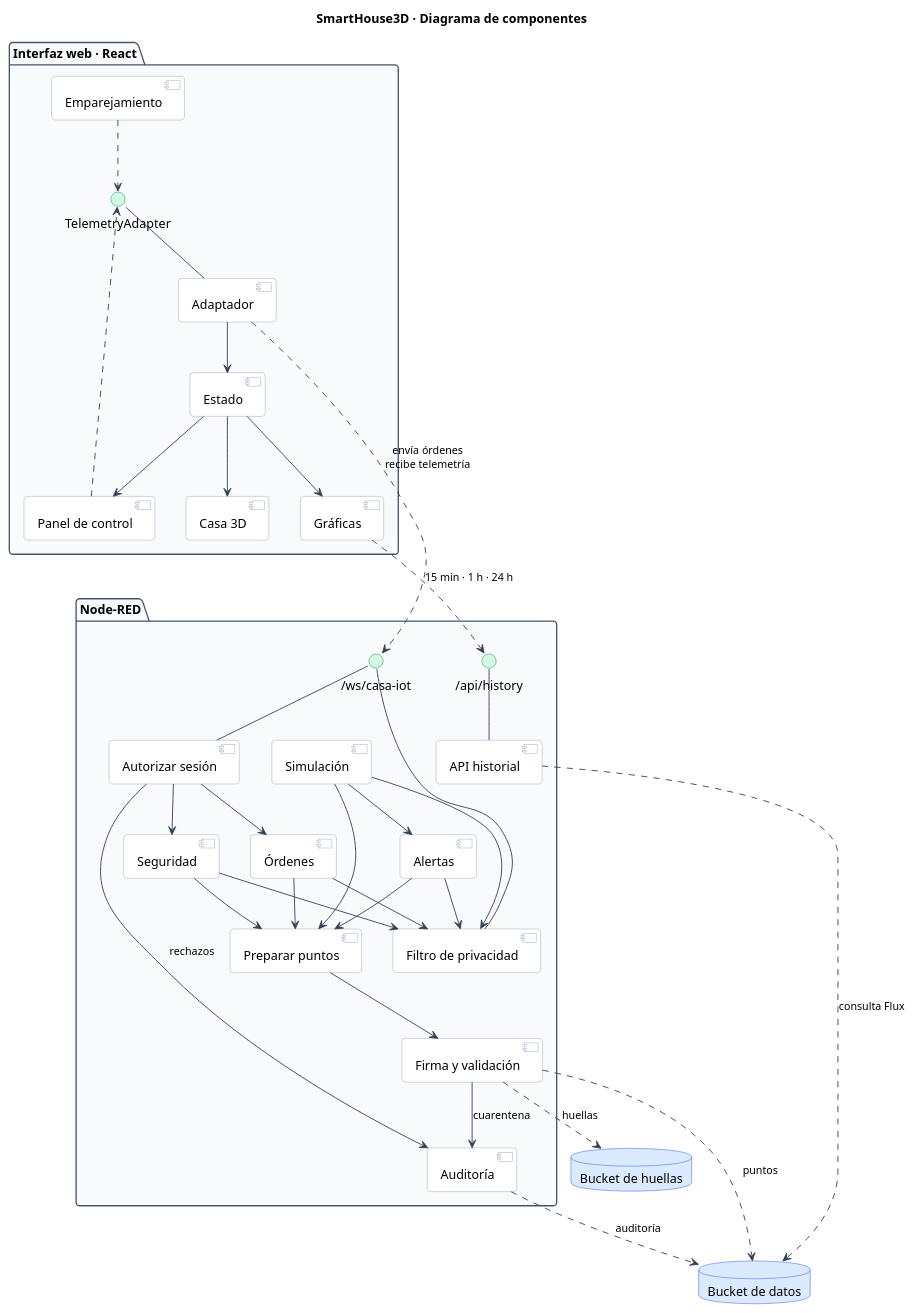
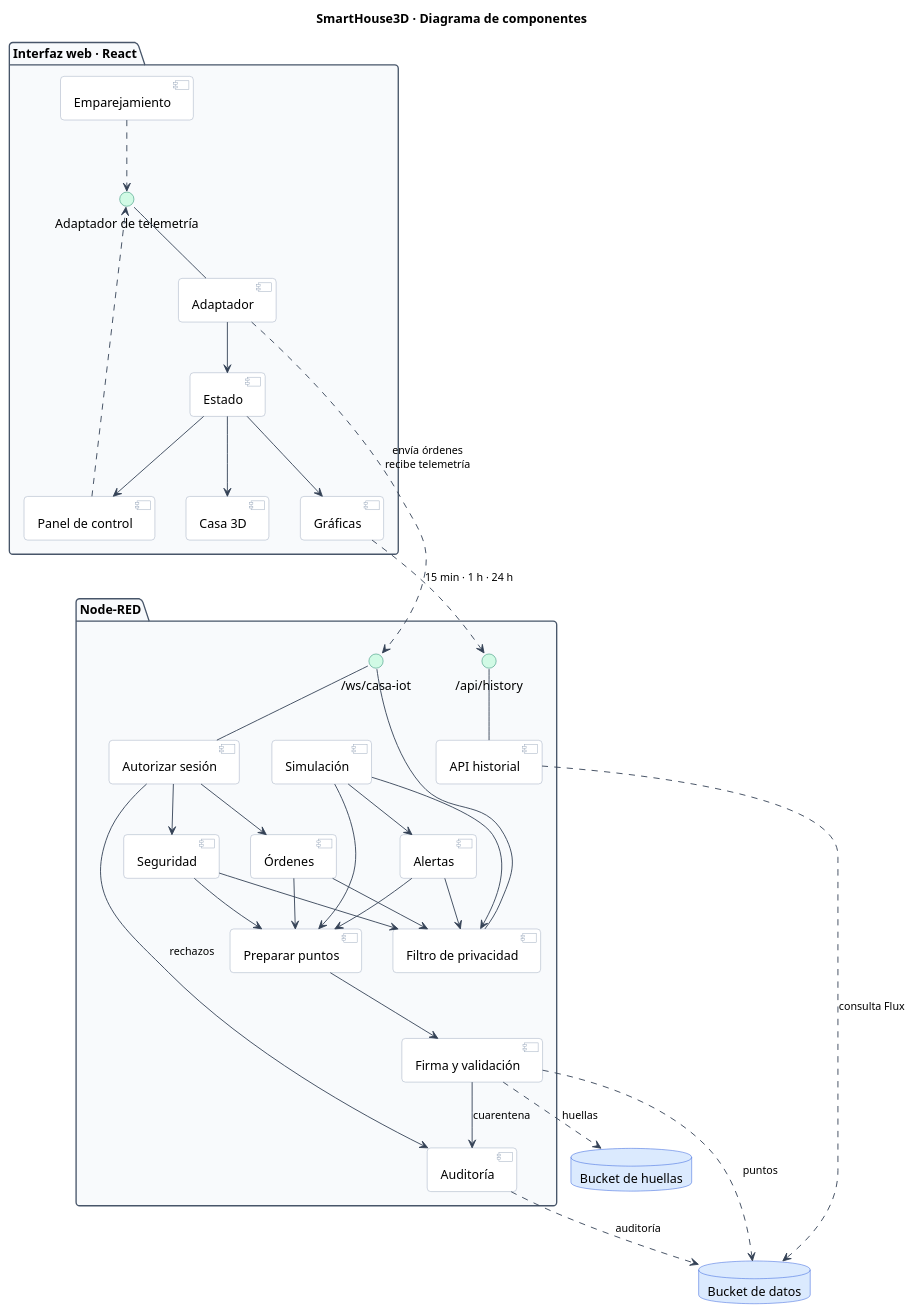
One commit to WilderG2004/SmartHouse3D changed the diagram in docs/diagramas/componentes.puml. Above: the diagram before and after it, drawn with PlantUML. The commit also changed 3 other files, not shown here.

First line of the commit message:
Diagramas: clases y componentes, todo en español

```diff
--- a/docs/diagramas/componentes.puml
+++ b/docs/diagramas/componentes.puml
@@ -1,92 +1,92 @@
 @startuml componentes
 title SmartHouse3D · Diagrama de componentes
 
 skinparam backgroundColor White
 skinparam shadowing false
 skinparam defaultFontName Helvetica
 skinparam defaultFontSize 14
 skinparam roundcorner 8
 skinparam componentStyle uml2
 skinparam ArrowColor #334155
 skinparam ArrowFontSize 12
 skinparam nodesep 35
 skinparam ranksep 55
 skinparam package {
   BackgroundColor #F8FAFC
   BorderColor #475569
 }
 skinparam component {
   BackgroundColor #FFFFFF
   BorderColor #94A3B8
 }
 skinparam interface {
   BackgroundColor #D1FAE5
   BorderColor #047857
 }
 skinparam database {
   BackgroundColor #DBEAFE
   BorderColor #1D4ED8
 }
 
 package "Interfaz web · React" {
   component "Panel de control" as panel
   component "Gráficas" as graficas
   component "Casa 3D" as casa
   component "Emparejamiento" as empareja
   component "Estado" as estado
   component "Adaptador" as adaptador
-  interface "TelemetryAdapter" as ITel
+  interface "Adaptador de telemetría" as ITel
 
   adaptador -up- ITel
   panel ..> ITel
   empareja ..> ITel
   adaptador --> estado
   estado --> panel
   estado --> graficas
   estado --> casa
 }
 
 package "Node-RED" {
   component "Autorizar sesión" as auth
   component "Órdenes" as ordenes
   component "Seguridad" as seg
   component "Simulación" as simul
   component "Alertas" as alertas
   component "Filtro de privacidad" as filtro
   component "Preparar puntos" as prepara
   component "Firma y validación" as valida
   component "Auditoría" as audit
   component "API historial" as api
   interface "/ws/casa-iot" as IWs
   interface "/api/history" as IHist
 
   auth -up- IWs
   filtro -up- IWs
   api -up- IHist
   auth --> ordenes
   auth --> seg
   auth --> audit : "rechazos"
   simul --> alertas
   ordenes --> filtro
   seg --> filtro
   simul --> filtro
   alertas --> filtro
   ordenes --> prepara
   seg --> prepara
   simul --> prepara
   alertas --> prepara
   prepara --> valida
   valida --> audit : "cuarentena"
 }
 
 database "Bucket de datos" as bdatos
 database "Bucket de huellas" as bhuellas
 
 adaptador ..> IWs : "envía órdenes\nrecibe telemetría"
 graficas ..> IHist : "15 min · 1 h · 24 h"
 valida ..> bdatos : "puntos"
 valida ..> bhuellas : "huellas"
 audit ..> bdatos : "auditoría"
 api ..> bdatos : "consulta Flux"
 
 @enduml
```
